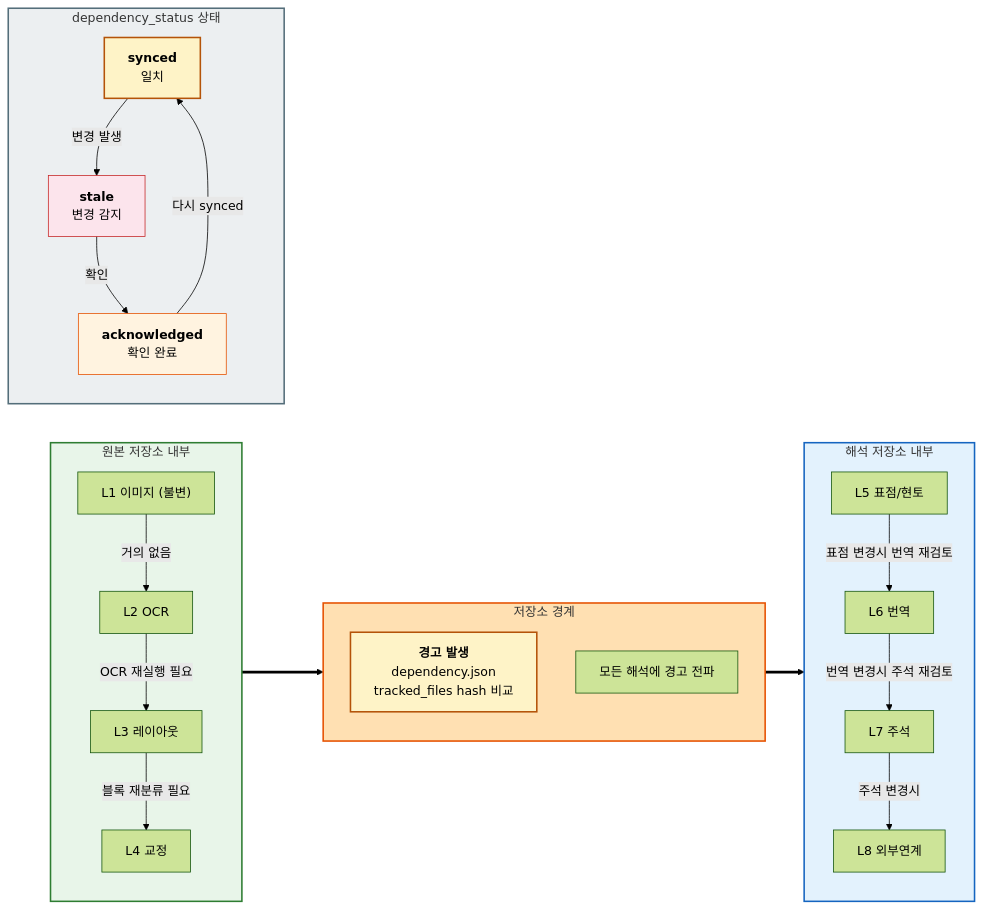
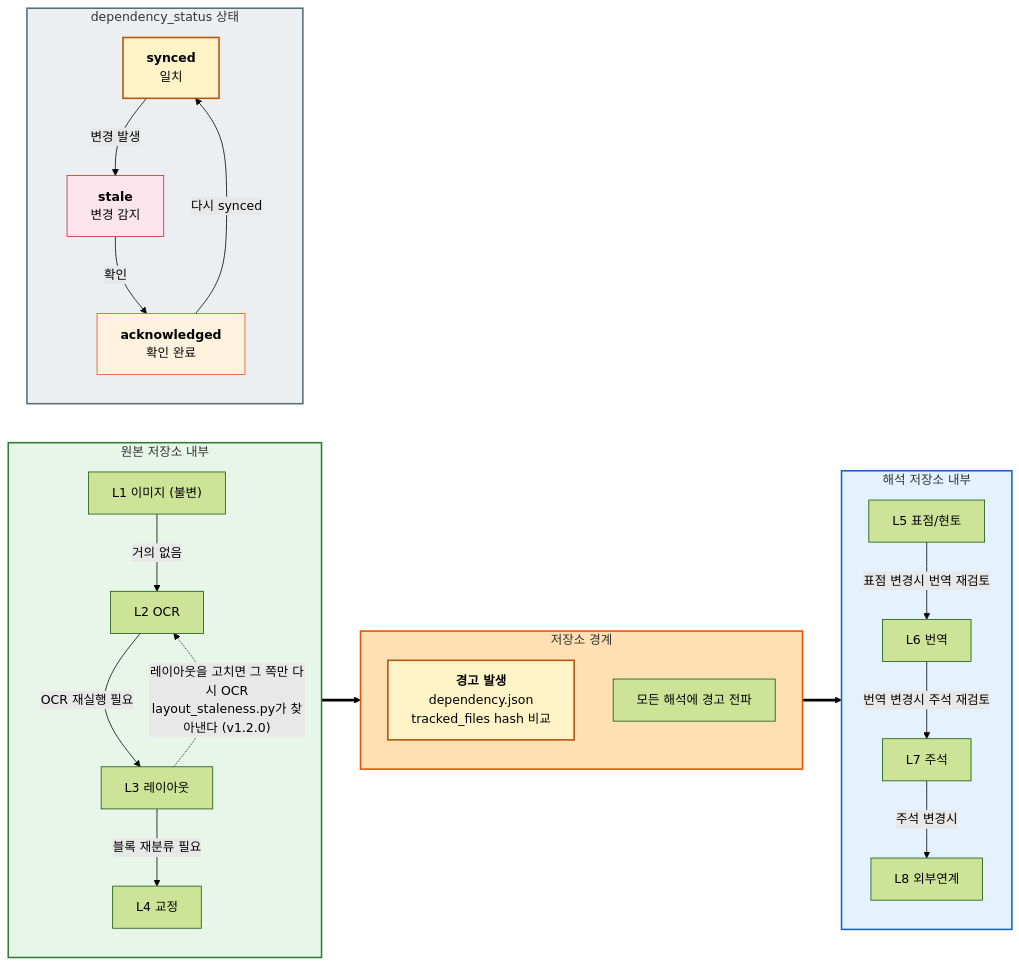
One commit to hw725/classical-text-browser changed the tenth of 13 diagrams in docs/architecture-diagrams.md. Above: the diagram before and after it, drawn with Mermaid (forest theme). The commit also changed other lines of this file and 4 other files, not shown here.

First line of the commit message:
docs: README를 허브로 개편 + 아키텍처 다이어그램 v1.2.0 갱신

````diff
--- a/docs/architecture-diagrams.md
+++ b/docs/architecture-diagrams.md
@@ -720,51 +864,52 @@
 ```mermaid
 flowchart LR
     subgraph SRC_DEP["원본 저장소 내부"]
         direction TB
         D_L1["L1 이미지 (불변)"]
         D_L2["L2 OCR"]
         D_L3["L3 레이아웃"]
         D_L4["L4 교정"]
         D_L1 -->|"거의 없음"| D_L2
         D_L2 -->|"OCR 재실행 필요"| D_L3
         D_L3 -->|"블록 재분류 필요"| D_L4
+        D_L3 -.->|"레이아웃을 고치면 그 쪽만 다시 OCR<br/>layout_staleness.py가 찾아낸다 (v1.2.0)"| D_L2
     end
 
     subgraph BOUNDARY_DEP["저장소 경계"]
         direction TB
         BD["<b>경고 발생</b><br/>dependency.json<br/>tracked_files hash 비교"]
         BD_NOTE["모든 해석에 경고 전파"]
     end
 
     subgraph INT_DEP["해석 저장소 내부"]
         direction TB
         I_L5["L5 표점/현토"]
         I_L6["L6 번역"]
         I_L7["L7 주석"]
         I_L8["L8 외부연계"]
         I_L5 -->|"표점 변경시 번역 재검토"| I_L6
         I_L6 -->|"번역 변경시 주석 재검토"| I_L7
         I_L7 -->|"주석 변경시"| I_L8
     end
 
     subgraph STATUS["dependency_status 상태"]
         direction TB
         ST_SYNC["<b>synced</b><br/>일치"]
         ST_STALE["<b>stale</b><br/>변경 감지"]
         ST_ACK["<b>acknowledged</b><br/>확인 완료"]
         ST_SYNC -->|"변경 발생"| ST_STALE
         ST_STALE -->|"확인"| ST_ACK
         ST_ACK -->|"다시 synced"| ST_SYNC
     end
 
     SRC_DEP ==> BOUNDARY_DEP ==> INT_DEP
 
     style SRC_DEP fill:#e8f5e9,stroke:#2e7d32,stroke-width:2px
     style BOUNDARY_DEP fill:#ffe0b2,stroke:#e65100,stroke-width:2px
     style BD fill:#fef3c7,stroke:#b45309,stroke-width:2px
     style INT_DEP fill:#e3f2fd,stroke:#1565c0,stroke-width:2px
     style STATUS fill:#eceff1,stroke:#546e7a,stroke-width:2px
     style ST_SYNC fill:#fef3c7,stroke:#b45309,stroke-width:2px
     style ST_STALE fill:#fce4ec,stroke:#c62828
     style ST_ACK fill:#fff3e0,stroke:#e65100
 ```
````
